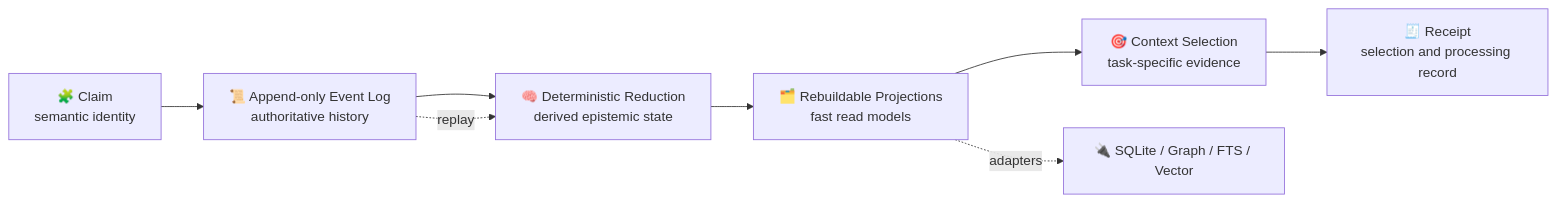
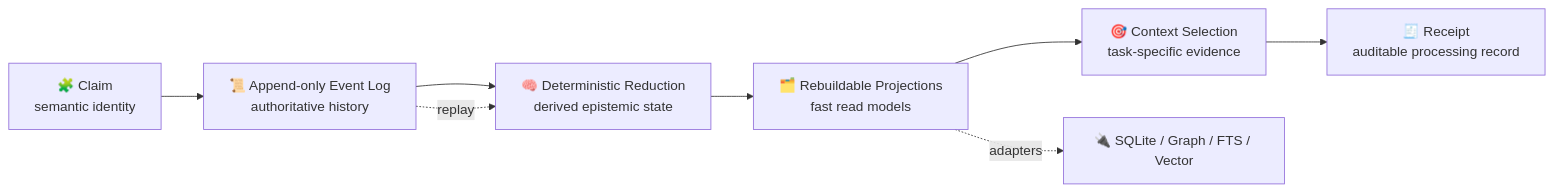
One commit to velantrian/velantrim-native-kernel changed the first of 3 diagrams in README.md. Above: the diagram before and after it, drawn with Mermaid. The commit also changed other lines of this file, not shown here.

````diff
--- a/README.md
+++ b/README.md
@@ -204,11 +374,11 @@
 ```mermaid
 flowchart LR
     C["🧩 Claim<br/>semantic identity"] --> E["📜 Append-only Event Log<br/>authoritative history"]
     E --> S["🧠 Deterministic Reduction<br/>derived epistemic state"]
     S --> P["🗂️ Rebuildable Projections<br/>fast read models"]
     P --> X["🎯 Context Selection<br/>task-specific evidence"]
-    X --> R["🧾 Receipt<br/>selection and processing record"]
+    X --> R["🧾 Receipt<br/>auditable processing record"]
 
     P -. adapters .-> A["🔌 SQLite / Graph / FTS / Vector"]
     E -. replay .-> S
 ```
````
